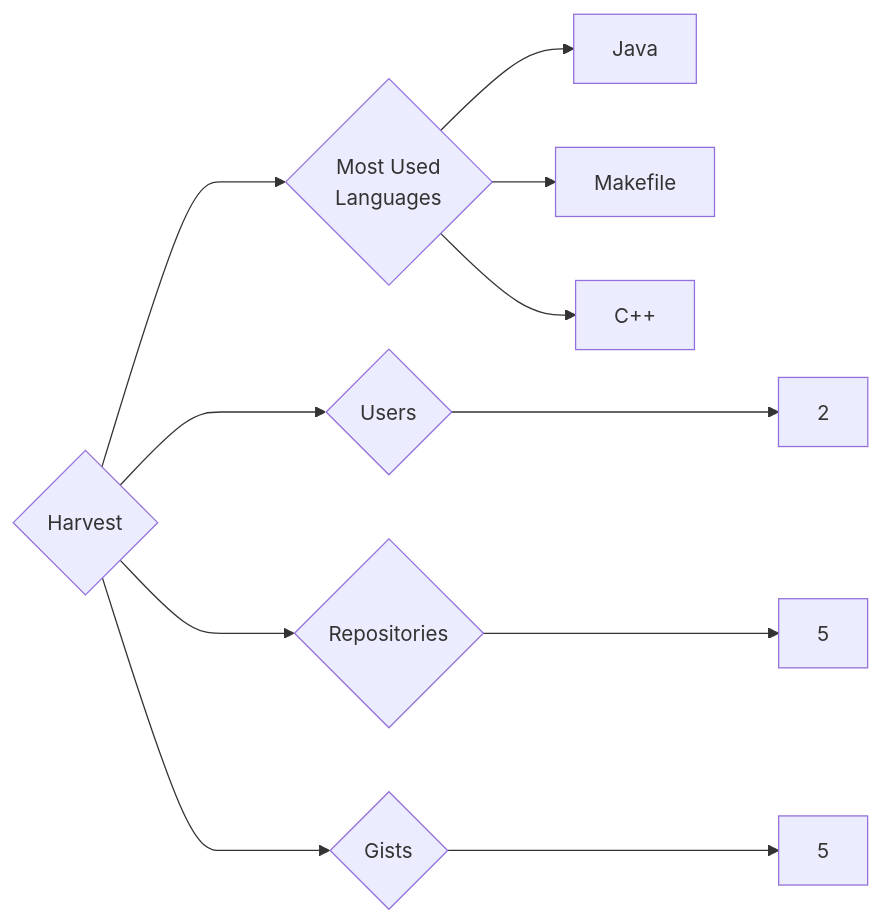
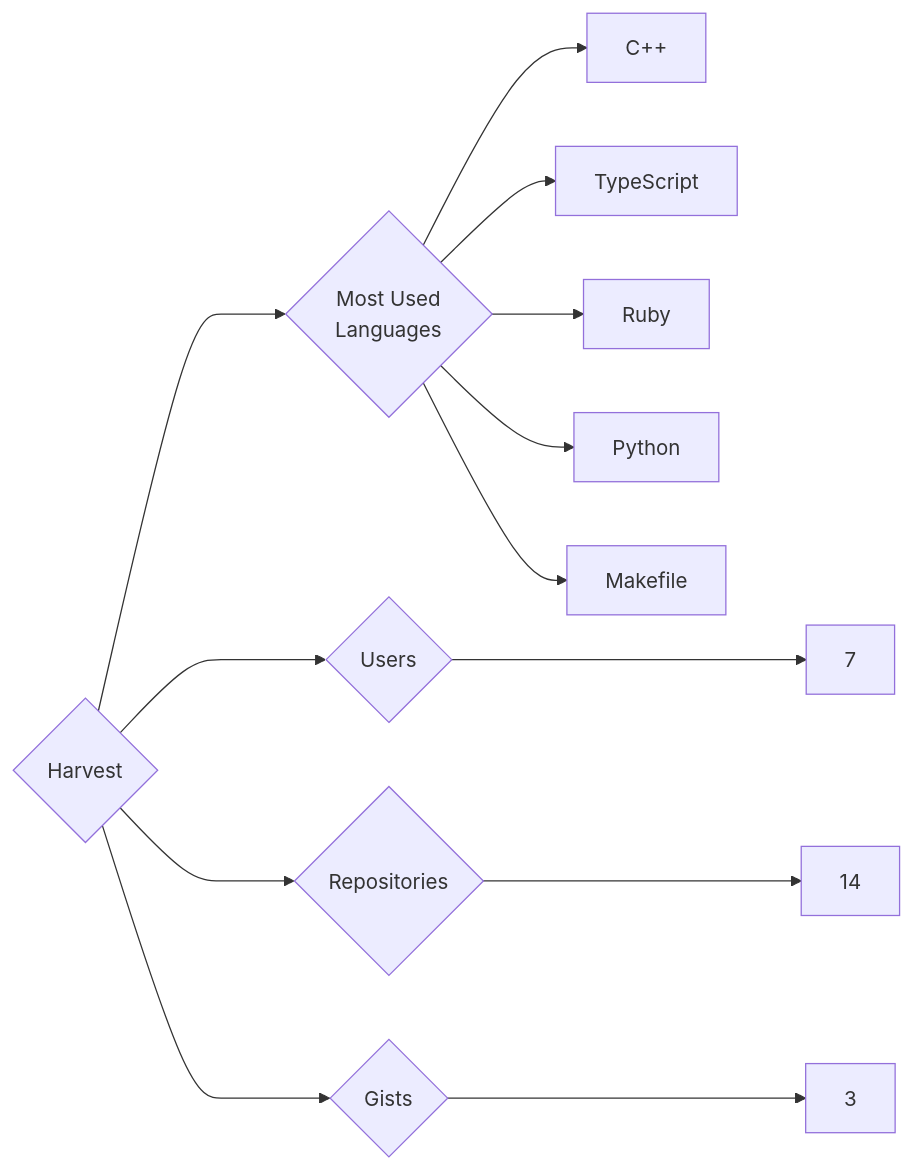
One commit to trickest/insiders changed the diagram in targets/Harvest/README.md. Above: the diagram before and after it, drawn with Mermaid. The commit also changed 720 other files, not shown here.

````diff
--- a/targets/Harvest/README.md
+++ b/targets/Harvest/README.md
@@ -3,11 +3,13 @@
 ```mermaid
 graph LR
 COMPANY_NAME{Harvest}
-COMPANY_NAME ---> U{Users} ---> UN[2]
-COMPANY_NAME ---> R{Repositories} ---> RN[5]
-COMPANY_NAME ---> G{Gists} ---> GN[5]
+COMPANY_NAME ---> U{Users} ---> UN[7]
+COMPANY_NAME ---> R{Repositories} ---> RN[14]
+COMPANY_NAME ---> G{Gists} ---> GN[3]
 COMPANY_NAME ---> ML{Most Used<br>Languages}
-ML --> Java[Java]
+ML --> C++[C++]
+ML --> TypeScript[TypeScript]
+ML --> Ruby[Ruby]
+ML --> Python[Python]
 ML --> Makefile[Makefile]
-ML --> C++[C++]
 ```
````
